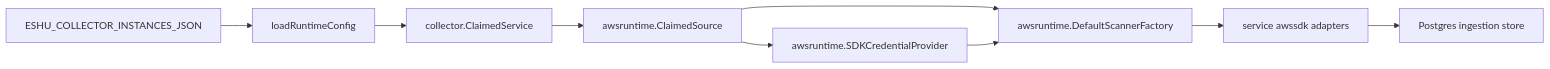
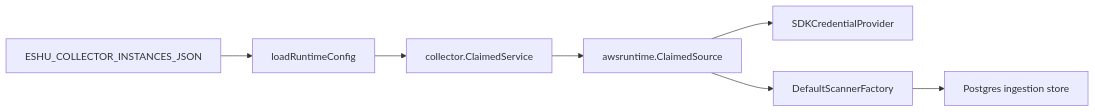
Before and after one commit to eshu-hq/eshu: the diagram in go/cmd/collector-aws-cloud/README.md, drawn with Mermaid. The commit also changed other lines of this file and 29 other files, not shown here.

````diff
--- a/go/cmd/collector-aws-cloud/README.md
+++ b/go/cmd/collector-aws-cloud/README.md
@@ -19,11 +17,9 @@
 ```mermaid
 flowchart LR
   A["ESHU_COLLECTOR_INSTANCES_JSON"] --> B["loadRuntimeConfig"]
   B --> C["collector.ClaimedService"]
   C --> D["awsruntime.ClaimedSource"]
-  D --> E["awsruntime.SDKCredentialProvider"]
-  D --> F["awsruntime.DefaultScannerFactory"]
-  E --> F
-  F --> H["service awssdk adapters"]
-  H --> G["Postgres ingestion store"]
+  D --> E["SDKCredentialProvider"]
+  D --> F["DefaultScannerFactory"]
+  F --> G["Postgres ingestion store"]
 ```
````
